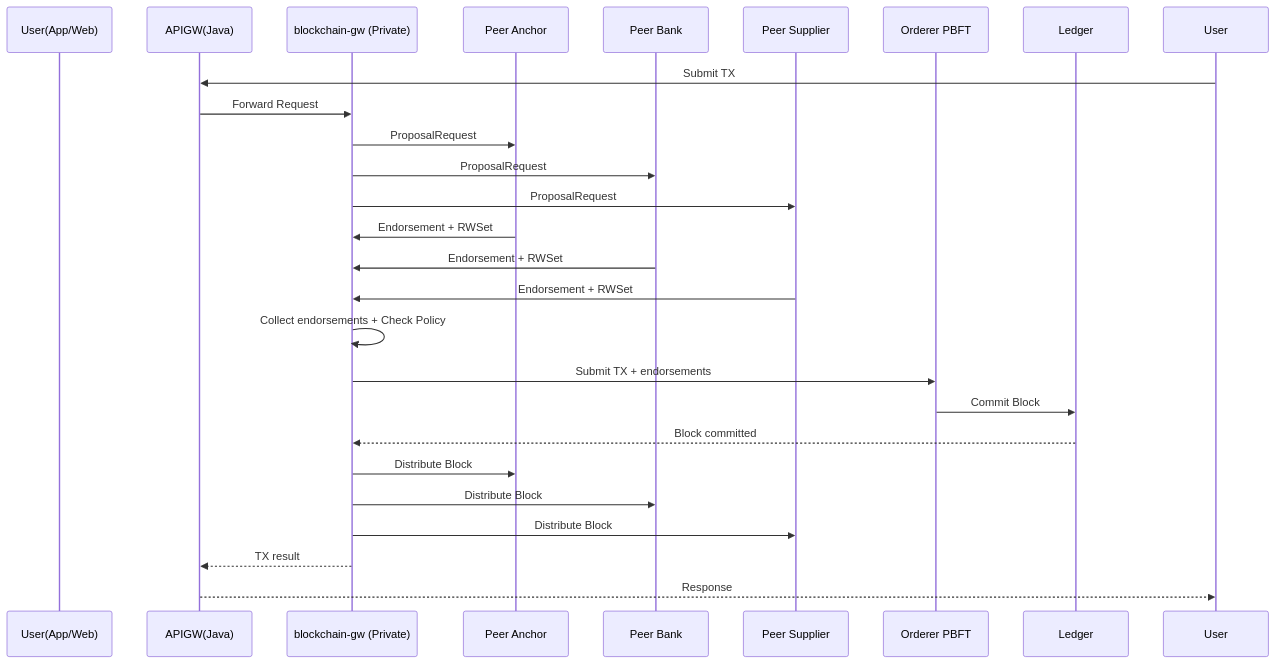
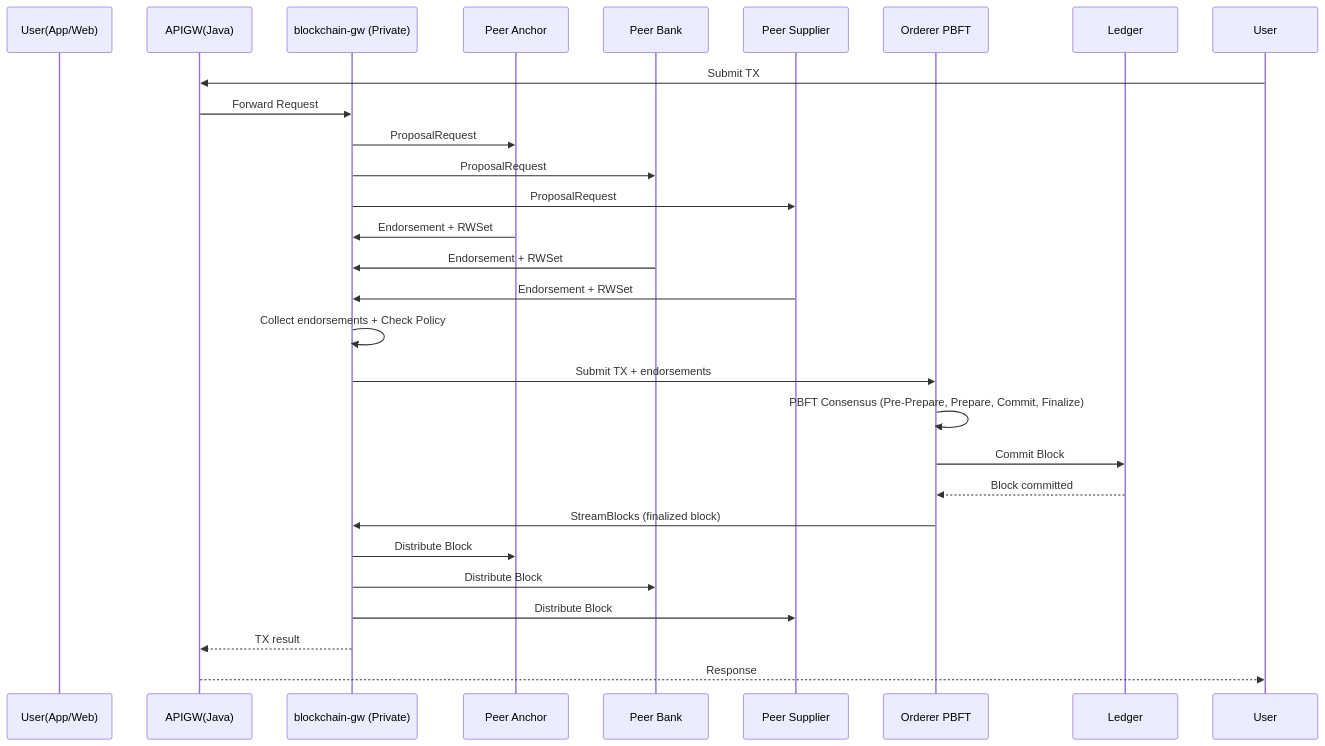
Before and after one commit to trunghc97/blockchain: the third of 25 diagrams in System_Design_Document.md, drawn with Mermaid. The commit also changed other lines of this file and 5 other files, not shown here.

````diff
--- a/System_Design_Document.md
+++ b/System_Design_Document.md
@@ -382,32 +386,34 @@
 ```mermaid
 sequenceDiagram
     participant User(App/Web)
     participant APIGW(Java)
     participant GW as blockchain-gw (Private)
     participant PeerA as Peer Anchor
     participant PeerB as Peer Bank
     participant PeerS as Peer Supplier
     participant ORD as Orderer PBFT
     participant LED as Ledger
 
     User->>APIGW(Java): Submit TX
     APIGW(Java)->>GW: Forward Request
 
     GW->>PeerA: ProposalRequest
     GW->>PeerB: ProposalRequest
     GW->>PeerS: ProposalRequest
 
     PeerA->>GW: Endorsement + RWSet
     PeerB->>GW: Endorsement + RWSet
     PeerS->>GW: Endorsement + RWSet
 
     GW->>GW: Collect endorsements + Check Policy
     GW->>ORD: Submit TX + endorsements
+    ORD->>ORD: PBFT Consensus (Pre-Prepare, Prepare, Commit, Finalize)
     ORD->>LED: Commit Block
-    LED-->>GW: Block committed
+    LED-->>ORD: Block committed
+    ORD->>GW: StreamBlocks (finalized block)
     GW->>PeerA: Distribute Block
     GW->>PeerB: Distribute Block
     GW->>PeerS: Distribute Block
     GW-->>APIGW(Java): TX result
     APIGW(Java)-->>User: Response
 ```
````
